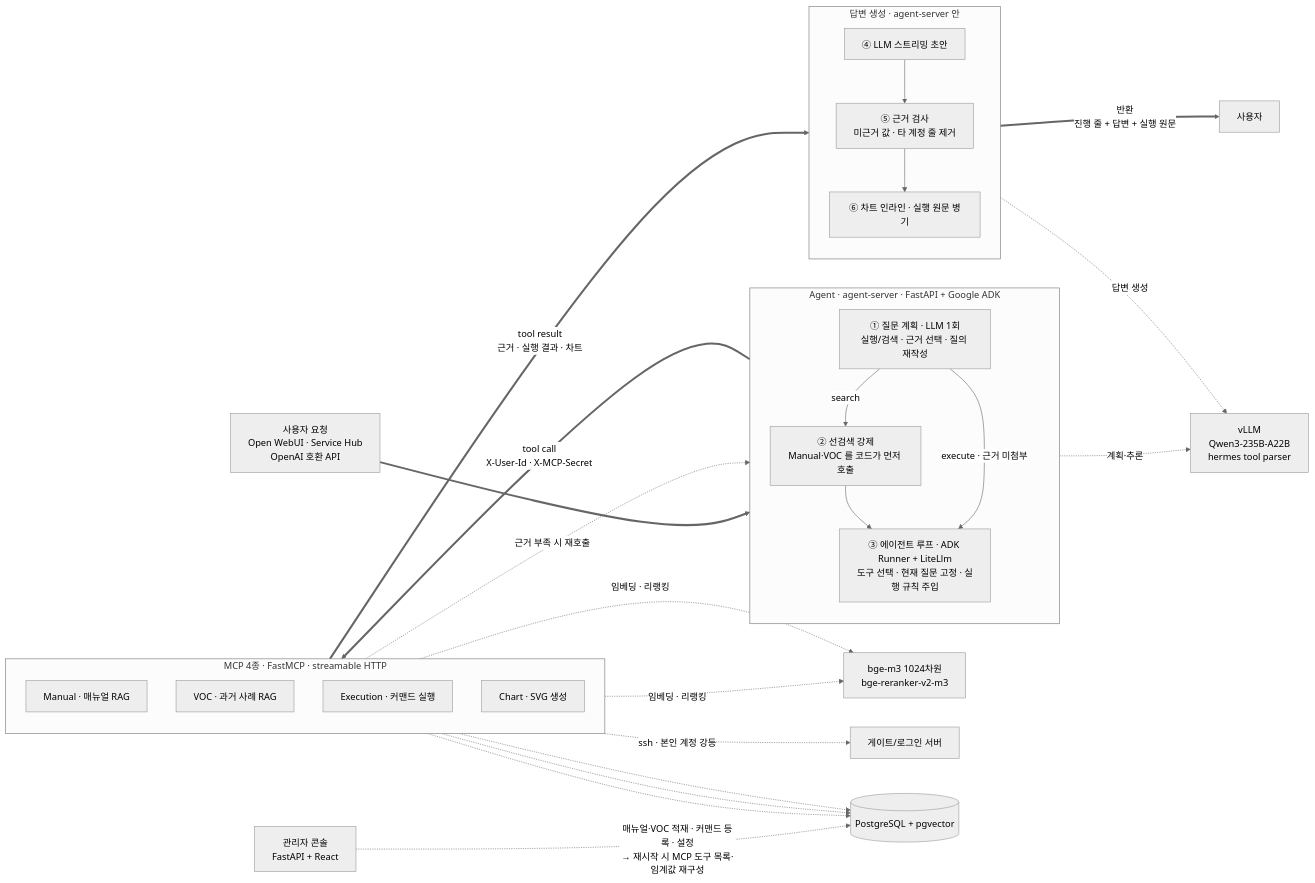
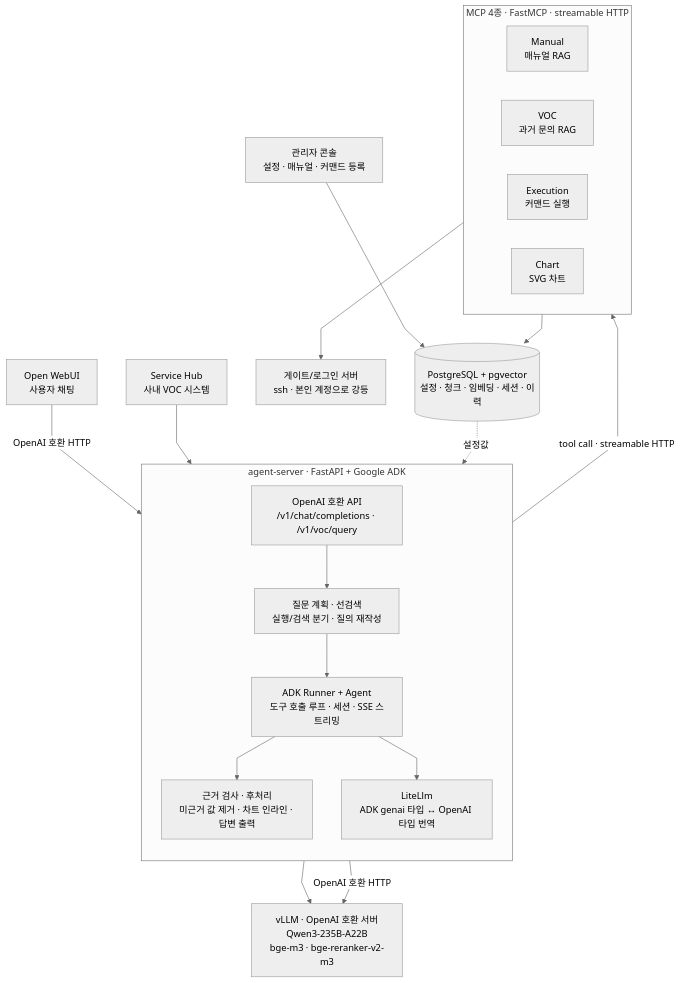
Before and after one commit to ssyrc/AI-Infra-Assistant-pub: the first of 3 diagrams in README.md, drawn with Mermaid (neutral theme). The commit also changed other lines of this file, not shown here.

Commit message:
README 1절을 ADK/LiteLLM 역할이 드러나게 다시 짠다
- 전체 구조 다이어그램을 곡선 없이 직선으로만 그린다(curve linear).
- Open WebUI/Service Hub → agent-server → (MCP 4종 · streamable HTTP) / (LiteLlm → vLLM)
  으로 갈래를 나눠, MCP 는 ADK Agent 가 McpToolset 으로 직접 붙고 LiteLlm 은
  Agent 와 vLLM 사이에만 있다는 것을 그림에서 구분했다.
- 'vLLM 에 그냥 붙이면 안 되나' 절 추가 - ADK 에 OpenAI 호환 클라이언트가 없고
  (Gemini/Gemma/ApigeeLlm/Claude 뿐), genai 타입과 OpenAI 타입의 양방향 번역이
  필요하다는 것이 LiteLlm 을 쓰는 이유다.
- 관리자 콘솔은 요청 경로가 아니라 설정 공급자임을 분리해 적었다.
- 2절 이하는 건드리지 않았다.

(#182)

````diff
--- a/README.md
+++ b/README.md
@@ -13,42 +11,40 @@
 ```mermaid
-flowchart LR
-    U["사용자 요청<br/>Open WebUI · Service Hub<br/>OpenAI 호환 API"] ==> AG
+%%{init: {'flowchart': {'curve': 'linear'}}}%%
+flowchart TB
+    OW["Open WebUI<br/>사용자 채팅"]
+    SH["Service Hub<br/>사내 VOC 시스템"]
 
-    subgraph AG["Agent · agent-server · FastAPI + Google ADK"]
+    subgraph AG["agent-server · FastAPI + Google ADK"]
         direction TB
-        P["① 질문 계획 · LLM 1회<br/>실행/검색 · 근거 선택 · 질의 재작성"]
-        R["② 선검색 강제<br/>Manual·VOC 를 코드가 먼저 호출"]
-        L["③ 에이전트 루프 · ADK Runner + LiteLlm<br/>도구 선택 · 현재 질문 고정 · 실행 규칙 주입"]
-        P -->|"search"| R --> L
-        P -->|"execute · 근거 미첨부"| L
+        API["OpenAI 호환 API<br/>/v1/chat/completions · /v1/voc/query"]
+        PRE["질문 계획 · 선검색<br/>실행/검색 분기 · 질의 재작성"]
+        RUN["ADK Runner + Agent<br/>도구 호출 루프 · 세션 · SSE 스트리밍"]
+        LL["LiteLlm<br/>ADK genai 타입 ↔ OpenAI 타입 번역"]
+        POST["근거 검사 · 후처리<br/>미근거 값 제거 · 차트 인라인 · 답변 출력"]
+        API --> PRE --> RUN --> POST
+        RUN --> LL
     end
 
-    subgraph MS["MCP 4종 · FastMCP · streamable HTTP"]
-        direction TB
-        MM["Manual · 매뉴얼 RAG"]
-        MV["VOC · 과거 사례 RAG"]
-        ME["Execution · 커맨드 실행"]
-        MC["Chart · SVG 생성"]
+    subgraph MCPS["MCP 4종 · FastMCP · streamable HTTP"]
+        direction LR
+        M1["Manual<br/>매뉴얼 RAG"]
+        M2["VOC<br/>과거 문의 RAG"]
+        M3["Execution<br/>커맨드 실행"]
+        M4["Chart<br/>SVG 차트"]
     end
 
-    subgraph GEN["답변 생성 · agent-server 안"]
-        direction TB
-        D["④ LLM 스트리밍 초안"]
-        C["⑤ 근거 검사<br/>미근거 값 · 타 계정 줄 제거"]
-        F["⑥ 차트 인라인 · 실행 원문 병기"]
-        D --> C --> F
-    end
+    VLLM["vLLM · OpenAI 호환 서버<br/>Qwen3-235B-A22B<br/>bge-m3 · bge-reranker-v2-m3"]
+    HOST["게이트/로그인 서버<br/>ssh · 본인 계정으로 강등"]
+    PG[("PostgreSQL + pgvector<br/>설정 · 청크 · 임베딩 · 세션 · 이력")]
+    CON["관리자 콘솔<br/>설정 · 매뉴얼 · 커맨드 등록"]
 
-    AG ==>|"tool call<br/>X-User-Id · X-MCP-Secret"| MS
-    MS ==>|"tool result<br/>근거 · 실행 결과 · 차트"| GEN
-    MS -.->|"근거 부족 시 재호출"| AG
-    GEN ==>|"반환<br/>진행 줄 + 답변 + 실행 원문"| OUT["사용자"]
-
-    MM & MV -.->|"임베딩 · 리랭킹"| EMB["bge-m3 1024차원<br/>bge-reranker-v2-m3"]
-    ME -.->|"ssh · 본인 계정 강등"| HOST["게이트/로그인 서버"]
-    MM & MV & ME -.-> PG[("PostgreSQL + pgvector")]
-    AG -.->|"계획·추론"| LLM["vLLM<br/>Qwen3-235B-A22B<br/>hermes tool parser"]
-    GEN -.->|"답변 생성"| LLM
-
-    CON["관리자 콘솔<br/>FastAPI + React"] -.->|"매뉴얼·VOC 적재 · 커맨드 등록 · 설정<br/>→ 재시작 시 MCP 도구 목록·임계값 재구성"| PG
+    OW -->|"OpenAI 호환 HTTP"| API
+    SH --> API
+    PRE --> VLLM
+    LL -->|"OpenAI 호환 HTTP"| VLLM
+    RUN -->|"tool call · streamable HTTP"| MCPS
+    MCPS --> PG
+    M3 --> HOST
+    CON --> PG
+    PG -.->|"설정값"| AG
 ```
````
